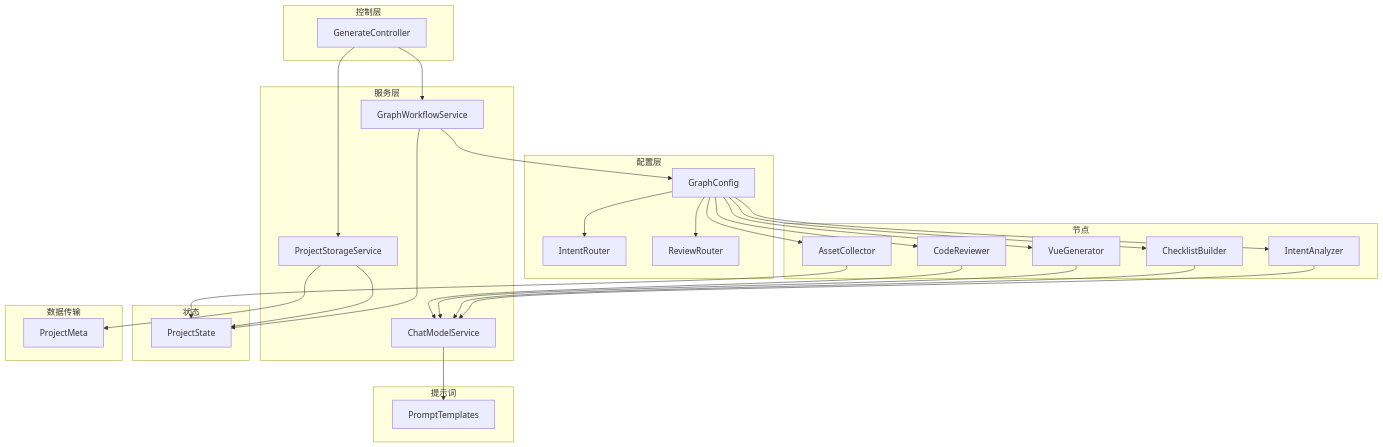
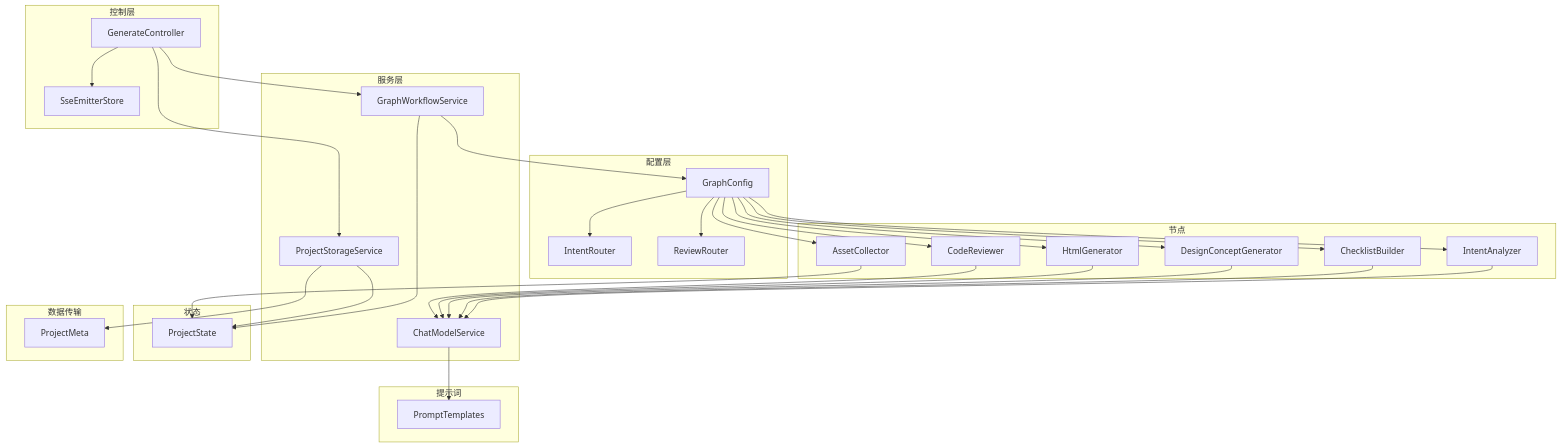
The first of 6 diagrams in .qoder/repowiki/zh/content/AI工作流系统/AI工作流系统.md (CyanYuKi/WebSiteFrontendCodeMother), drawn with Mermaid before and after one commit. The commit also changed other lines of this file and 12 other files, not shown here.

````diff
--- a/.qoder/repowiki/zh/content/AI工作流系统/AI工作流系统.md
+++ b/.qoder/repowiki/zh/content/AI工作流系统/AI工作流系统.md
@@ -59,51 +63,56 @@
 ```mermaid
 graph TB
 subgraph "控制层"
 C1["GenerateController"]
+C2["SseEmitterStore"]
 end
 subgraph "服务层"
 S1["GraphWorkflowService"]
 S2["ChatModelService"]
 S3["ProjectStorageService"]
 end
 subgraph "配置层"
 CFG["GraphConfig"]
 R1["IntentRouter"]
 R2["ReviewRouter"]
 end
 subgraph "节点"
 N1["IntentAnalyzer"]
 N2["ChecklistBuilder"]
 N3["AssetCollector"]
-N4["VueGenerator"]
-N5["CodeReviewer"]
+N4["DesignConceptGenerator"]
+N5["HtmlGenerator"]
+N6["CodeReviewer"]
 end
 subgraph "状态"
 ST["ProjectState"]
 end
 subgraph "提示词"
 PT["PromptTemplates"]
 end
 subgraph "数据传输"
 DTO["ProjectMeta"]
 end
 C1 --> S1
+C1 --> C2
 S1 --> CFG
 CFG --> N1
 CFG --> N2
 CFG --> N3
 CFG --> N4
 CFG --> N5
+CFG --> N6
 CFG --> R1
 CFG --> R2
 N1 --> S2
 N2 --> S2
 N3 --> ST
 N4 --> S2
 N5 --> S2
+N6 --> S2
 S2 --> PT
 S1 --> ST
 S3 --> ST
 C1 --> S3
 S3 --> DTO
 ```
````
